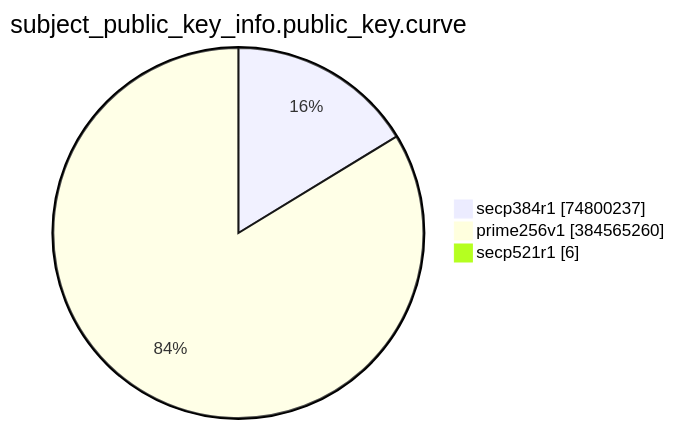
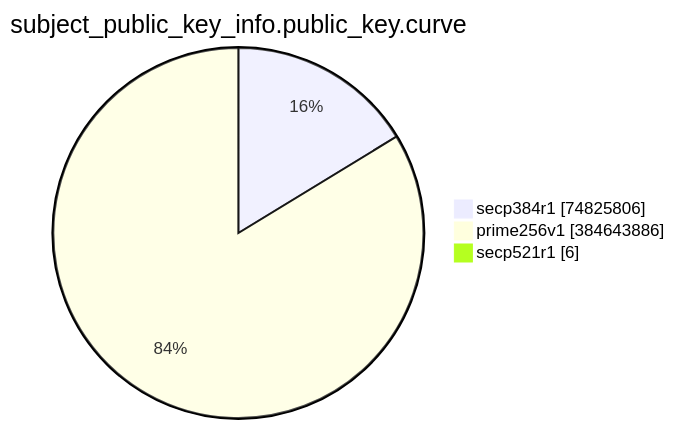
Before and after one commit to christiankrug/ctmonitor_visualization: the eighth of 15 diagrams in TOTAL/README.md, drawn with Mermaid. The commit also changed other lines of this file, not shown here.

````diff
--- a/TOTAL/README.md
+++ b/TOTAL/README.md
@@ -3094,7 +3094,7 @@
 ```mermaid
 pie showData
 title subject_public_key_info.public_key.curve
-"secp384r1" :74800237
-"prime256v1" :384565260
+"secp384r1" :74825806
+"prime256v1" :384643886
 "secp521r1" :6
 ```
````
